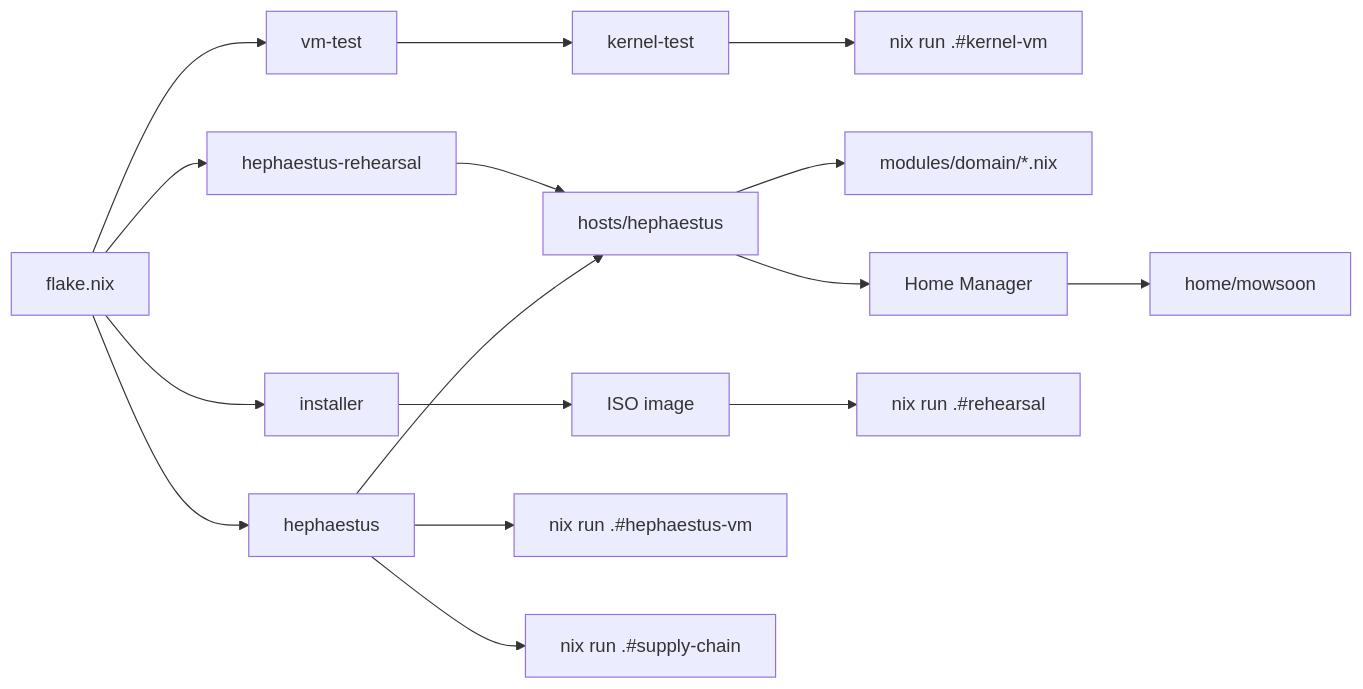
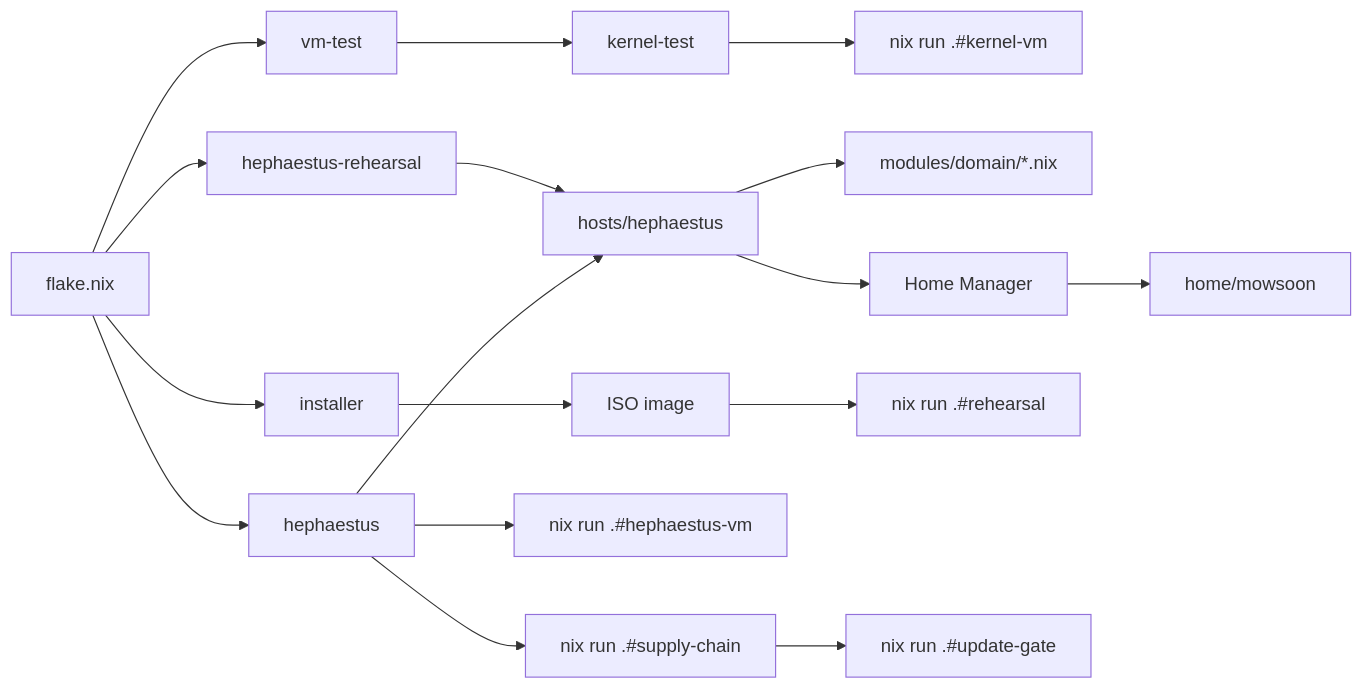
Before and after one commit to Mowsoon/nixos_config: the diagram in docs/architecture/overview.md, drawn with Mermaid. The commit also changed other lines of this file and 8 other files, not shown here.

````diff
--- a/docs/architecture/overview.md
+++ b/docs/architecture/overview.md
@@ -9,18 +9,19 @@
 ```mermaid
 flowchart LR
   flake[flake.nix] --> vmtest[vm-test]
   vmtest --> kerneltest[kernel-test]
   kerneltest --> kernelvm[nix run .#kernel-vm]
   flake --> heph[hephaestus]
   flake --> rehearsal[hephaestus-rehearsal]
   flake --> installer[installer]
   heph --> hostfiles[hosts/hephaestus]
   rehearsal --> hostfiles
   hostfiles --> modules[modules/domain/*.nix]
   hostfiles --> hm[Home Manager]
   hm --> home[home/mowsoon]
   installer --> iso[ISO image]
   iso --> app[nix run .#rehearsal]
   heph --> vm[nix run .#hephaestus-vm]
   heph --> supply[nix run .#supply-chain]
+  supply --> gate[nix run .#update-gate]
 ```
````
